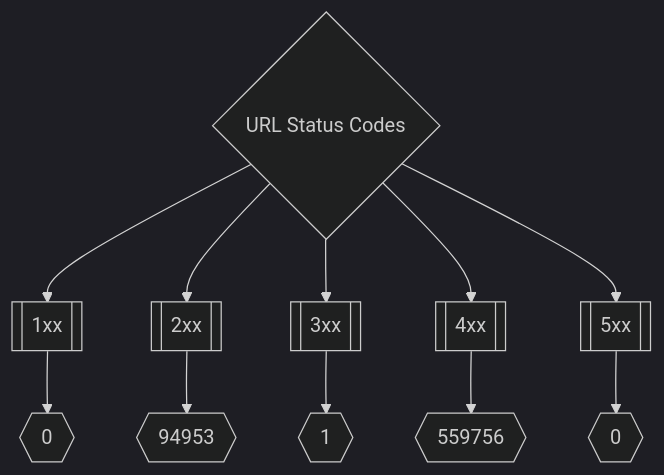
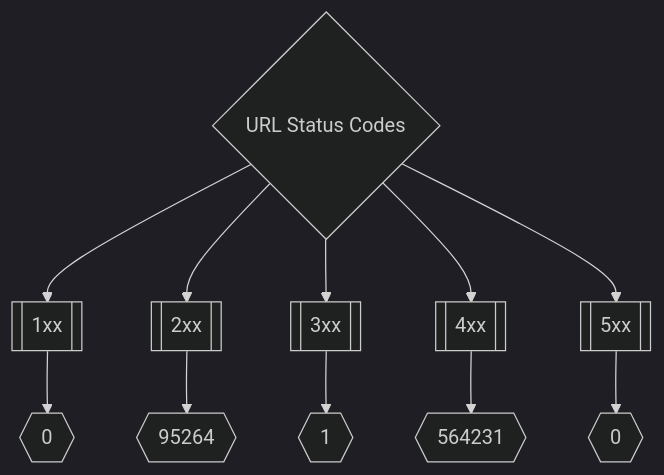
One commit to trickest/inventory changed the second of 3 diagrams in README.md. Above: the diagram before and after it, drawn with Mermaid (dark theme). The commit also changed other lines of this file, not shown here.

Commit message:
Update README.md Mon Jul 11 22:00:32 UTC 2022

````diff
--- a/README.md
+++ b/README.md
@@ -175,8 +175,8 @@
 ```mermaid
 graph TD
 title{URL Status Codes} --> 1xx[[1xx]] --> status1xxNum{{0}}
-title --> 2xx[[2xx]] --> status2xxNum{{94953}}
+title --> 2xx[[2xx]] --> status2xxNum{{95264}}
 title --> 3xx[[3xx]] --> status3xxNum{{1}}
-title --> 4xx[[4xx]] --> status4xxNum{{559756}}
+title --> 4xx[[4xx]] --> status4xxNum{{564231}}
 title --> 5xx[[5xx]] --> status5xxNum{{0}}
 ```
````
